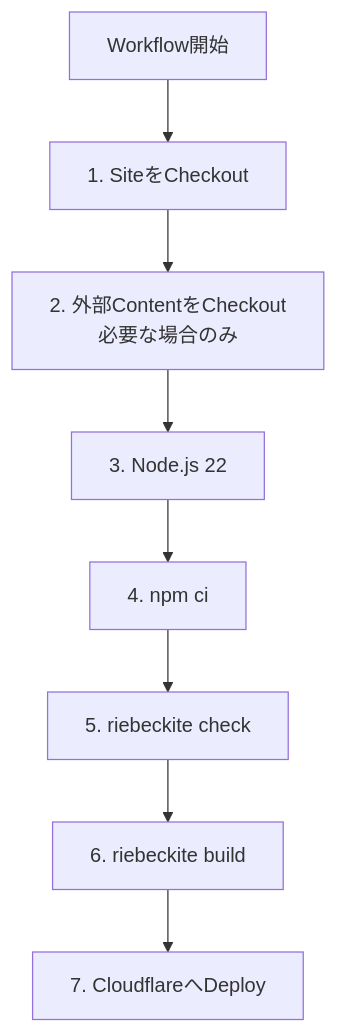
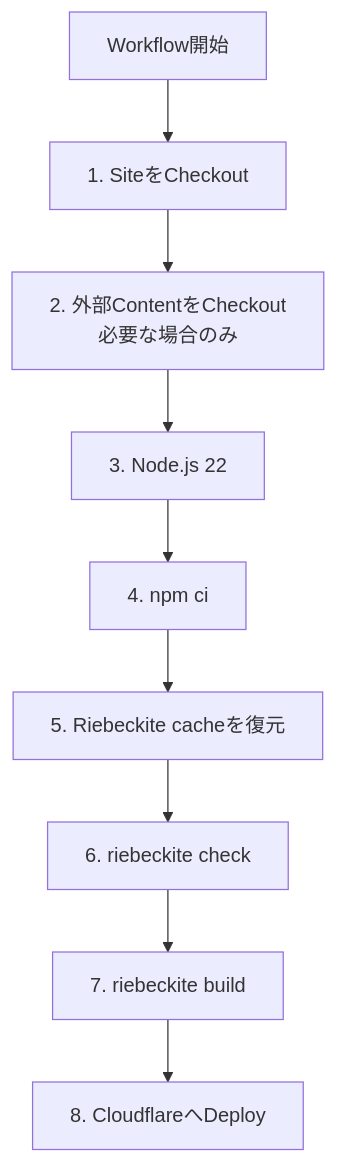
Before and after one commit to Rerurate514/riebeckite: the seventh of 11 diagrams in docs/ja/docs/guides/deployment/github-actions.md, drawn with Mermaid. The commit also changed other lines of this file and 14 other files, not shown here.

````diff
--- a/docs/ja/docs/guides/deployment/github-actions.md
+++ b/docs/ja/docs/guides/deployment/github-actions.md
@@ -355,19 +355,21 @@
 ```mermaid id="hdbpqw"
 flowchart TD
     Start["Workflow開始"]
     CheckoutSite["1. SiteをCheckout"]
     CheckoutContent["2. 外部ContentをCheckout<br/>必要な場合のみ"]
     Node["3. Node.js 22"]
     Install["4. npm ci"]
-    Check["5. riebeckite check"]
-    Build["6. riebeckite build"]
-    Deploy["7. CloudflareへDeploy"]
+    Cache["5. Riebeckite cacheを復元"]
+    Check["6. riebeckite check"]
+    Build["7. riebeckite build"]
+    Deploy["8. CloudflareへDeploy"]
 
     Start --> CheckoutSite
     CheckoutSite --> CheckoutContent
     CheckoutContent --> Node
     Node --> Install
-    Install --> Check
+    Install --> Cache
+    Cache --> Check
     Check --> Build
     Build --> Deploy
 ```
````
